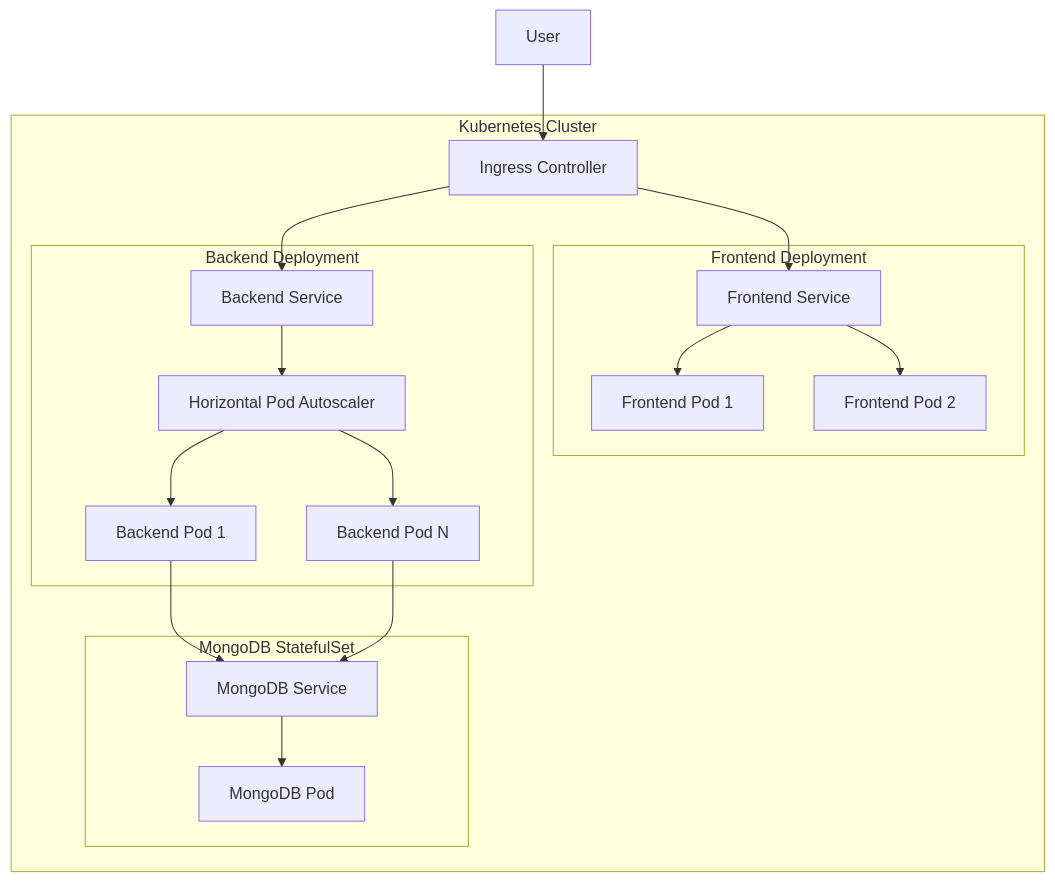
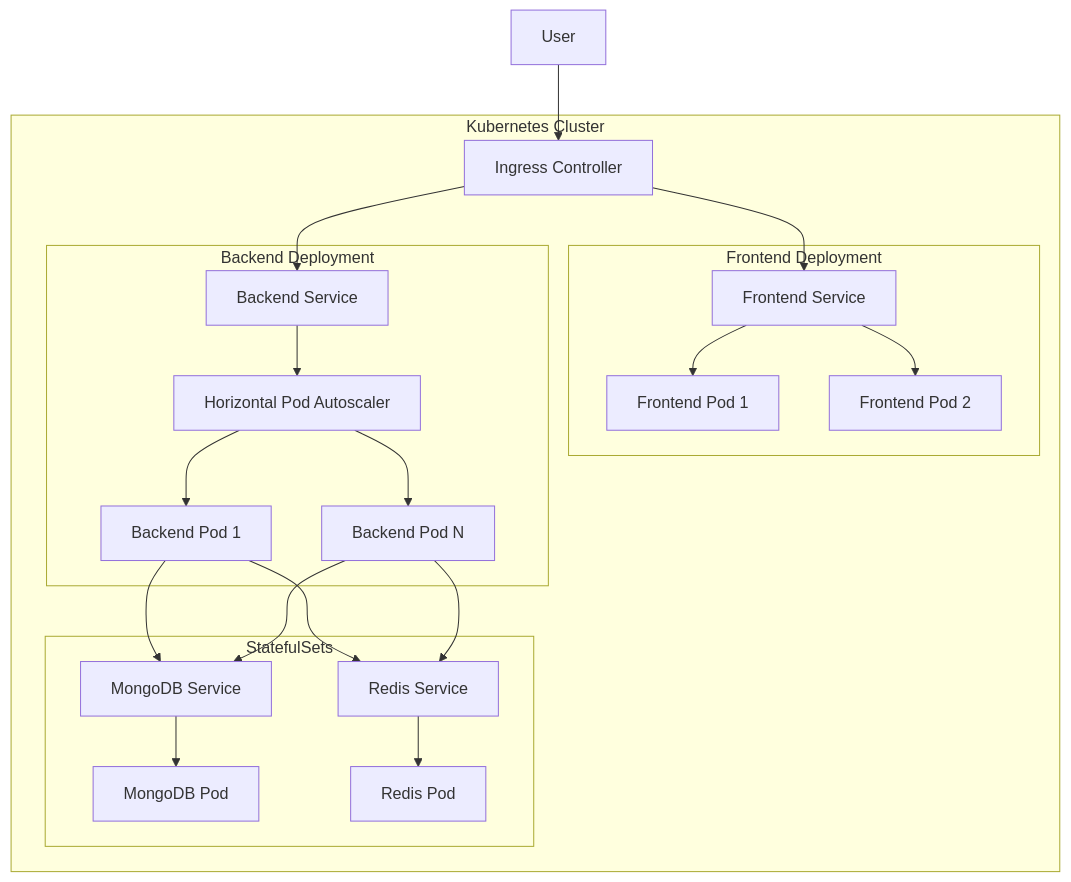
The second of 3 diagrams in README.md (MR-DHRUV/Snake-and-ladders), drawn with Mermaid before and after one commit. The commit also changed other lines of this file and 1 other file, not shown here.

````diff
--- a/README.md
+++ b/README.md
@@ -39,37 +54,42 @@
 ```mermaid
 graph TD
     subgraph "Kubernetes Cluster"
         Ingress[Ingress Controller]
         
         subgraph "Frontend Deployment"
             FrontendPod1[Frontend Pod 1]
             FrontendPod2[Frontend Pod 2]
             FrontendService[Frontend Service]
         end
         
         subgraph "Backend Deployment"
             BackendPod1[Backend Pod 1]
             BackendPod2[Backend Pod N]
             BackendService[Backend Service]
             BackendHPA[Horizontal Pod Autoscaler]
         end
         
-        subgraph "MongoDB StatefulSet"
+        subgraph "StatefulSets"
             MongoPod[MongoDB Pod]
             MongoService[MongoDB Service]
+            RedisPod[Redis Pod]
+            RedisService[Redis Service]
         end
         
         Ingress --> FrontendService
         Ingress --> BackendService
         FrontendService --> FrontendPod1
         FrontendService --> FrontendPod2
         BackendService --> BackendHPA
         BackendHPA --> BackendPod1
         BackendHPA --> BackendPod2
         BackendPod1 --> MongoService
+        BackendPod1 --> RedisService
         BackendPod2 --> MongoService
+        BackendPod2 --> RedisService
         MongoService --> MongoPod
+        RedisService --> RedisPod
     end
     
     User[User] --> Ingress
 ```
````
